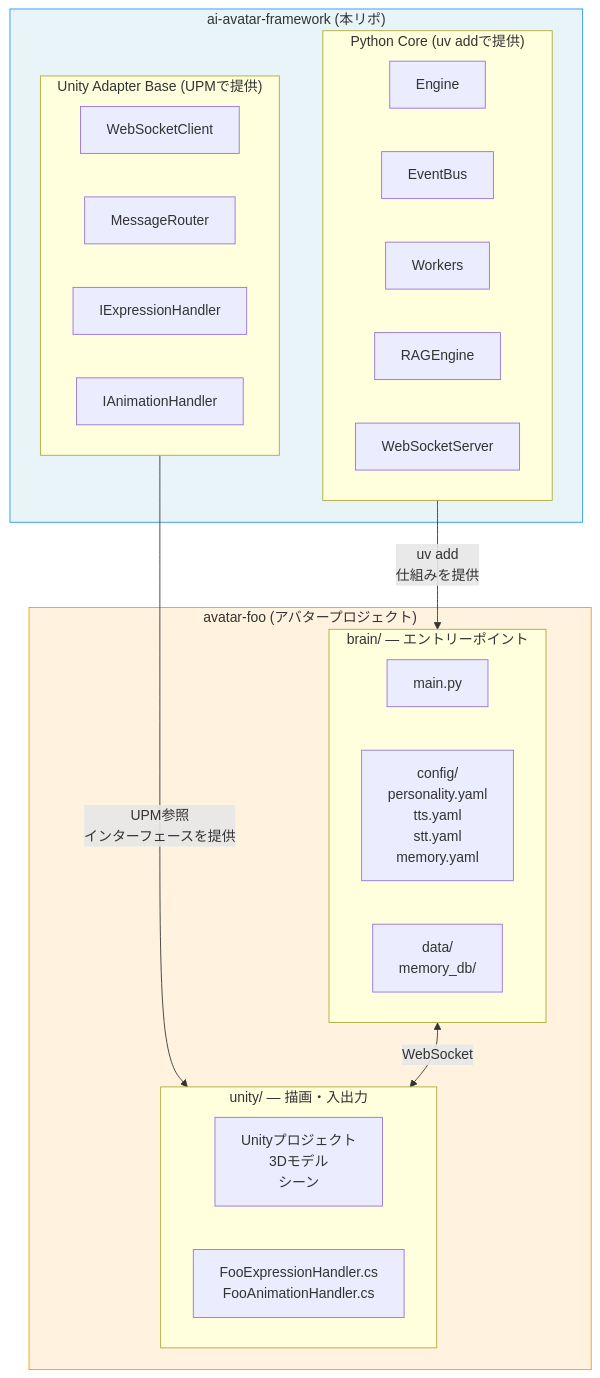
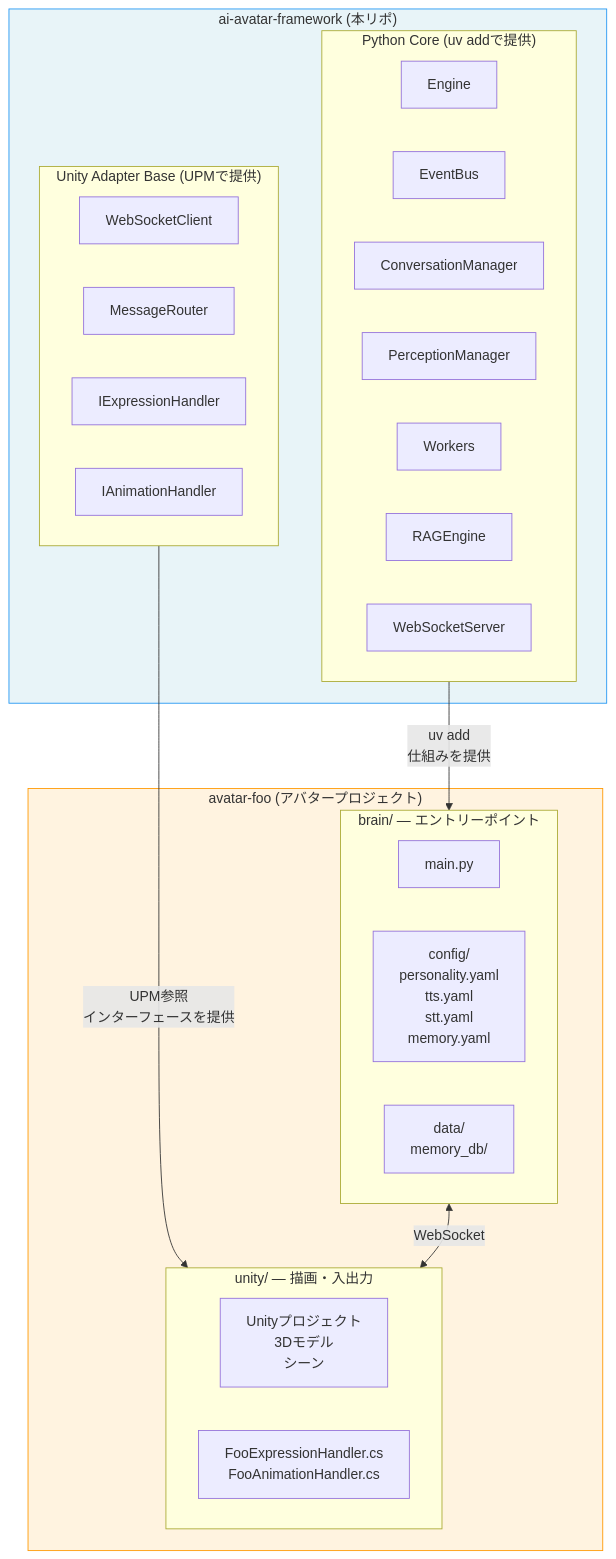
Before and after one commit to miumo6329/ai-avatar-framework: the diagram in docs/architecture.md, drawn with Mermaid. The commit also changed other lines of this file and 3 other files, not shown here.

````diff
--- a/docs/architecture.md
+++ b/docs/architecture.md
@@ -17,37 +17,39 @@
 ```mermaid
 graph TB
   subgraph framework["ai-avatar-framework (本リポ)"]
     subgraph core["Python Core (uv addで提供)"]
       Engine
       EventBus
+      ConversationManager
+      PerceptionManager
       Workers
       RAGEngine
       WebSocketServer
     end
     subgraph adapter["Unity Adapter Base (UPMで提供)"]
       WebSocketClient
       MessageRouter
       IExpressionHandler
       IAnimationHandler
     end
   end
 
   subgraph avatar["avatar-foo (アバタープロジェクト)"]
     subgraph brain["brain/ — エントリーポイント"]
       main.py
       config["config/\npersonality.yaml\ntts.yaml\nstt.yaml\nmemory.yaml"]
       data["data/\nmemory_db/"]
     end
     subgraph unity["unity/ — 描画・入出力"]
       UnityProject["Unityプロジェクト\n3Dモデル\nシーン"]
       FooHandlers["FooExpressionHandler.cs\nFooAnimationHandler.cs"]
     end
   end
 
   core -- "uv add\n仕組みを提供" --> brain
   adapter -- "UPM参照\nインターフェースを提供" --> unity
   brain <--> |"WebSocket"| unity
 
   style framework fill:#e8f4f8,stroke:#2196F3
   style avatar fill:#fff3e0,stroke:#FF9800
 ```
````
